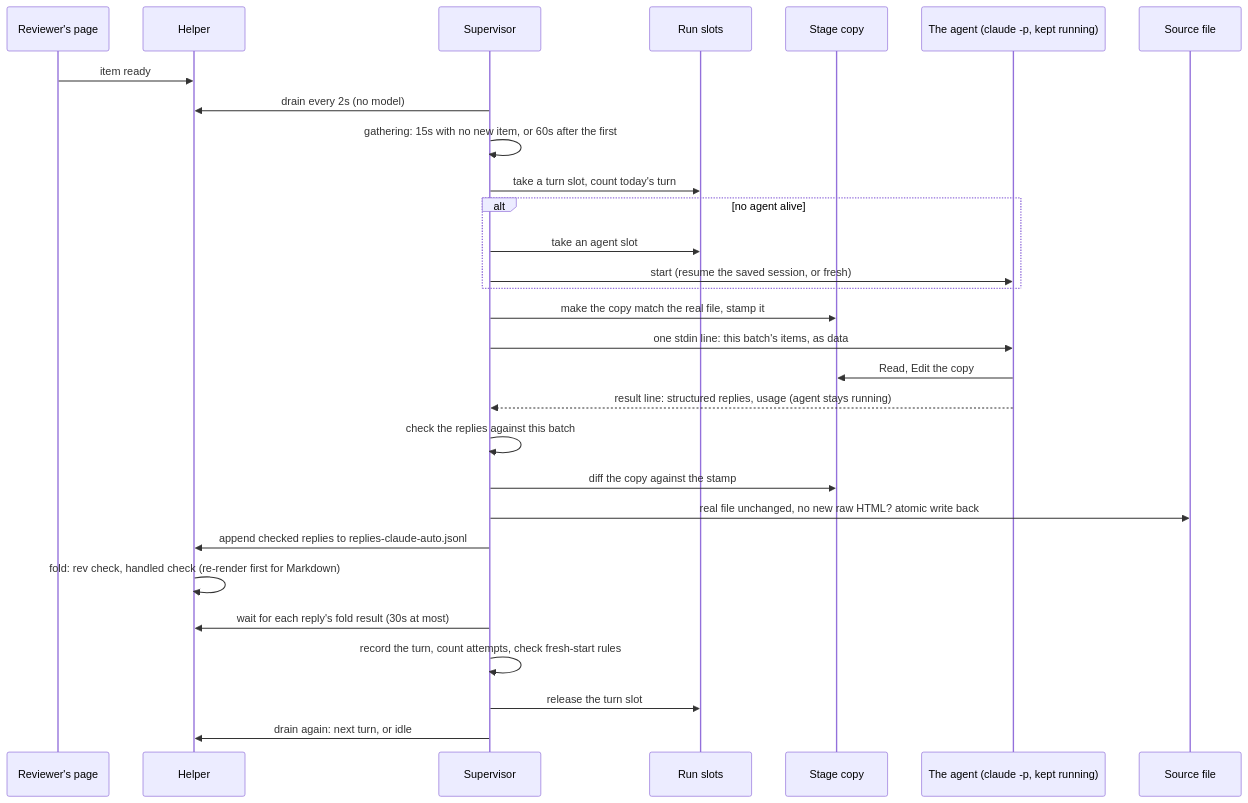
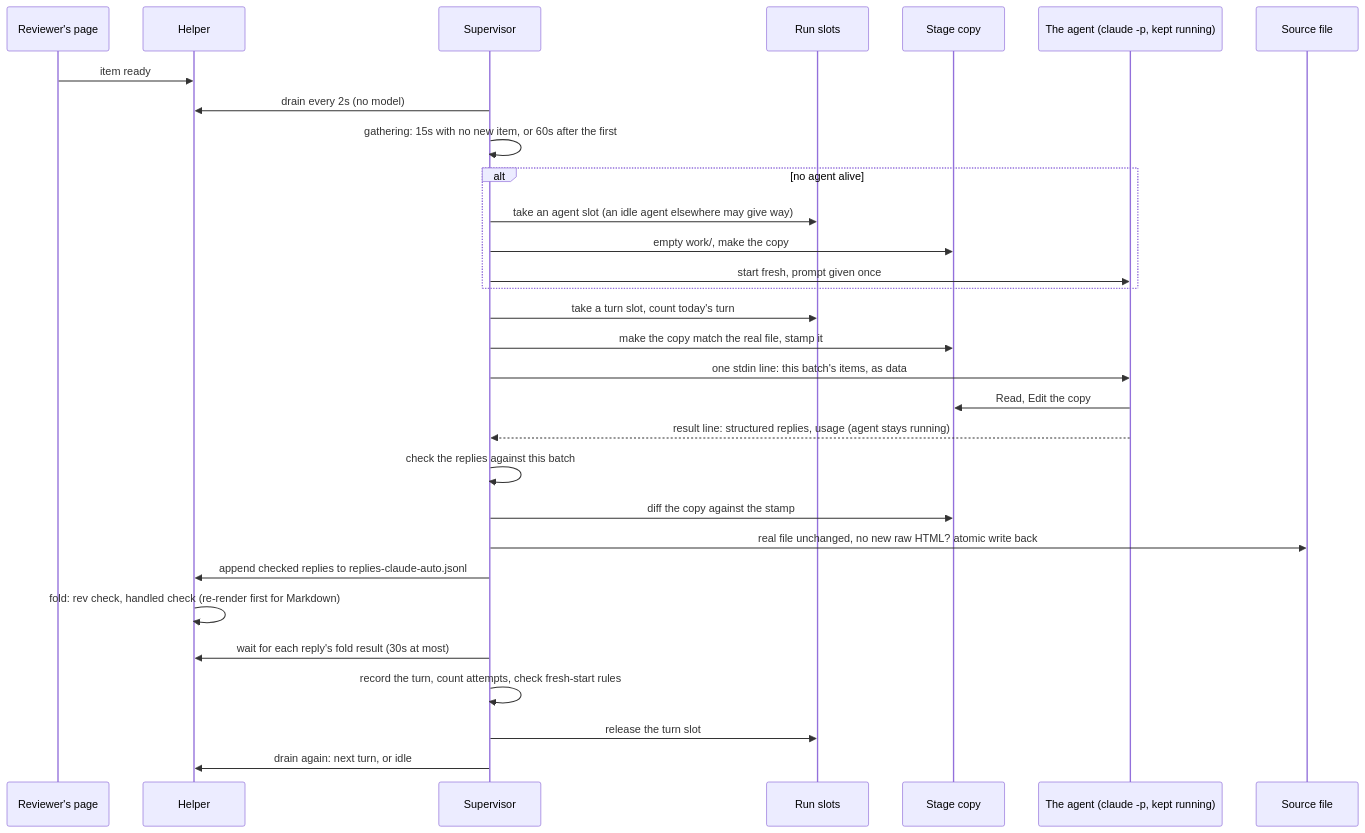
One commit to kenxle/live-agentic-html-editor changed the third of 7 diagrams in docs/features/20260929.01_lahe_agent_sdk/02_architecture_lahe_agent_sdk.md. Above: the diagram before and after it, drawn with Mermaid. The commit also changed other lines of this file and 4 other files, not shown here.

````diff
--- a/docs/features/20260929.01_lahe_agent_sdk/02_architecture_lahe_agent_sdk.md
+++ b/docs/features/20260929.01_lahe_agent_sdk/02_architecture_lahe_agent_sdk.md
@@ -327,32 +340,33 @@
 ```mermaid
 sequenceDiagram
   participant P as Reviewer's page
   participant H as Helper
   participant A as Supervisor
   participant L as Run slots
   participant G as Stage copy
   participant C as The agent (claude -p, kept running)
   participant F as Source file
 
   P->>H: item ready
   A->>H: drain every 2s (no model)
   A->>A: gathering: 15s with no new item, or 60s after the first
+  alt no agent alive
+    A->>L: take an agent slot (an idle agent elsewhere may give way)
+    A->>G: empty work/, make the copy
+    A->>C: start fresh, prompt given once
+  end
   A->>L: take a turn slot, count today's turn
-  alt no agent alive
-    A->>L: take an agent slot
-    A->>C: start (resume the saved session, or fresh)
-  end
   A->>G: make the copy match the real file, stamp it
   A->>C: one stdin line: this batch's items, as data
   C->>G: Read, Edit the copy
   C-->>A: result line: structured replies, usage (agent stays running)
   A->>A: check the replies against this batch
   A->>G: diff the copy against the stamp
   A->>F: real file unchanged, no new raw HTML? atomic write back
   A->>H: append checked replies to replies-claude-auto.jsonl
   H->>H: fold: rev check, handled check (re-render first for Markdown)
   A->>H: wait for each reply's fold result (30s at most)
   A->>A: record the turn, count attempts, check fresh-start rules
   A->>L: release the turn slot
   A->>H: drain again: next turn, or idle
 ```
````
